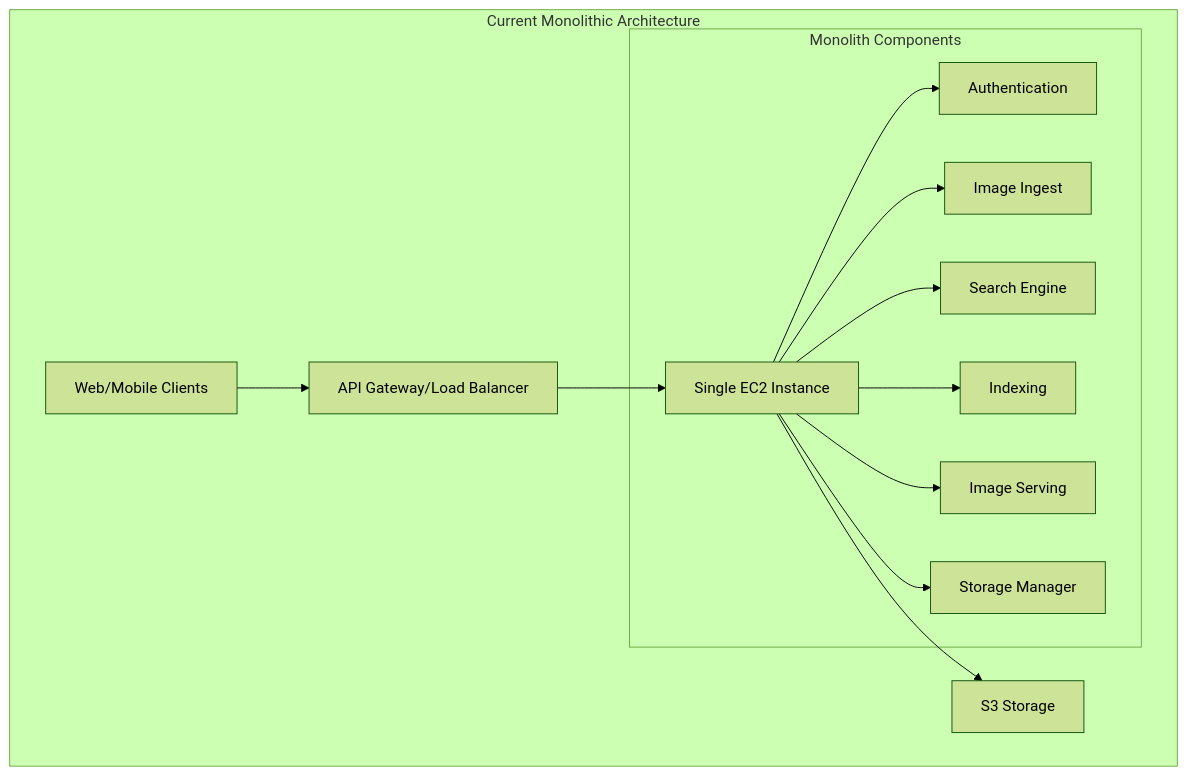
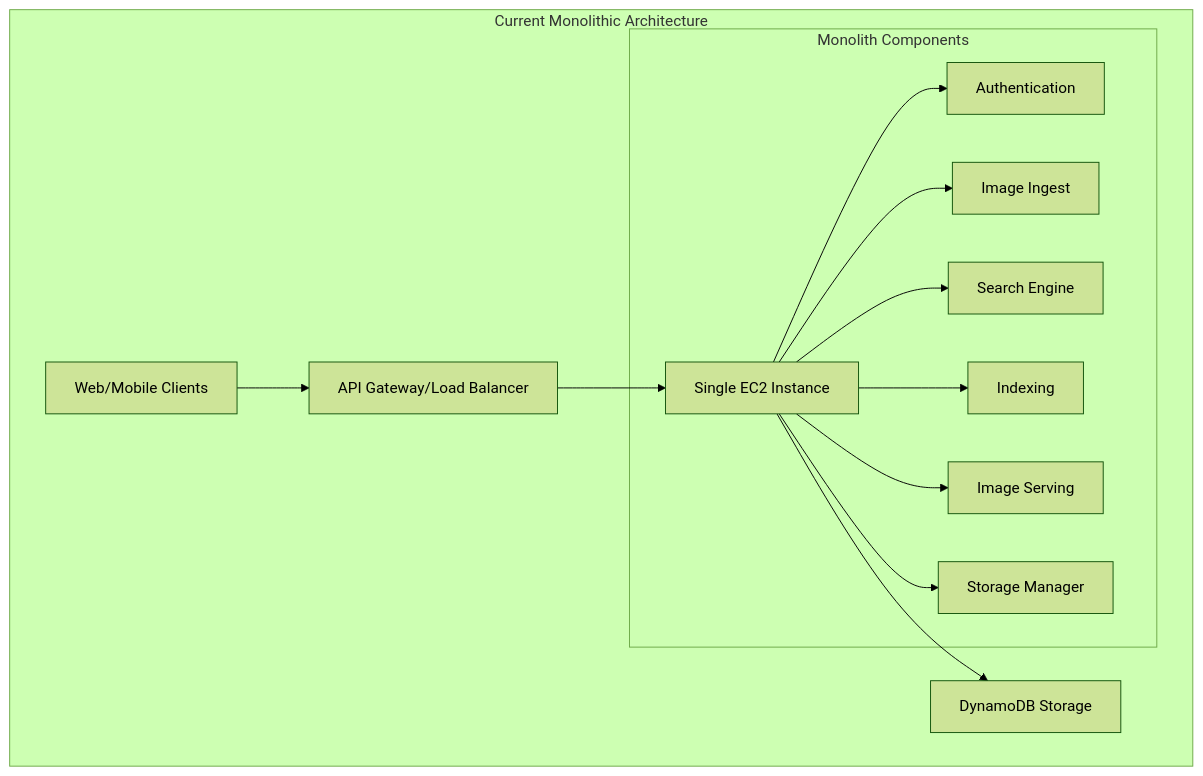
Before and after one commit to thezeeshanasghar/sandu: the first of 15 diagrams in README.md, drawn with Mermaid (forest theme). The commit also changed other lines of this file, not shown here.

````diff
--- a/README.md
+++ b/README.md
@@ -47,22 +55,22 @@
 ```mermaid
 graph TD
     subgraph "Current Monolithic Architecture"
     Client[Web/Mobile Clients]
     API[API Gateway/Load Balancer]
     EC2[Single EC2 Instance]
-    S3[S3 Storage]
+    DDB[DynamoDB Storage]
     
     Client --> API
     API --> EC2
-    EC2 --> S3
+    EC2 --> DDB
     
     subgraph "Monolith Components"
         EC2 --> Auth[Authentication]
         EC2 --> Ingest[Image Ingest]
         EC2 --> Search[Search Engine]
         EC2 --> Index[Indexing]
         EC2 --> Serve[Image Serving]
         EC2 --> Store[Storage Manager]
     end
     end
 ```
````
